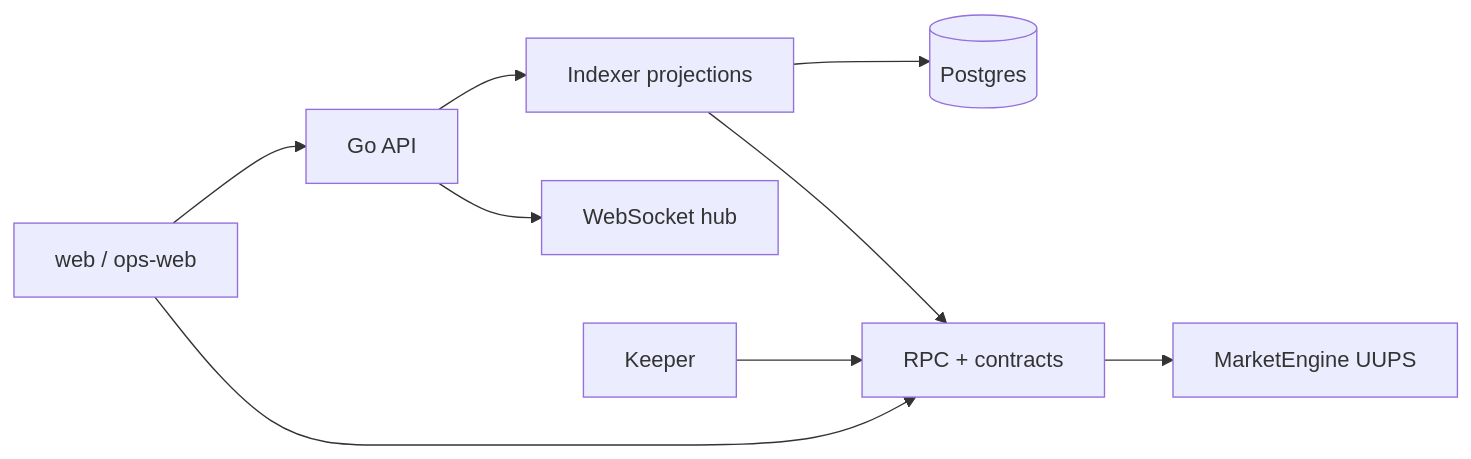
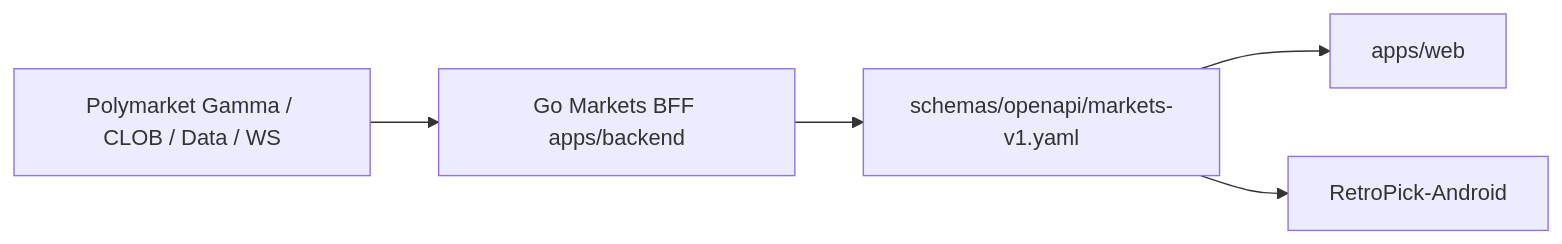
The diagram in AGENTS.md (RetroPick/monorepo-base), drawn with Mermaid before and after one commit. The commit also changed other lines of this file and 225 other files, not shown here.

````diff
--- a/AGENTS.md
+++ b/AGENTS.md
@@ -11,11 +11,7 @@
 ```mermaid
 flowchart LR
-  FE[web / ops-web] --> API[Go API]
-  API --> IDX[Indexer projections]
-  IDX --> DB[(Postgres)]
-  API --> WS[WebSocket hub]
-  FE --> CHAIN[RPC + contracts]
-  IDX --> CHAIN
-  KEEP[Keeper] --> CHAIN
-  CHAIN --> ME[MarketEngine UUPS]
+  PM[Polymarket Gamma / CLOB / Data / WS] --> BFF[Go Markets BFF apps/backend]
+  BFF --> C[schemas/openapi/markets-v1.yaml]
+  C --> WEB[apps/web]
+  C --> AND[RetroPick-Android]
 ```
````
